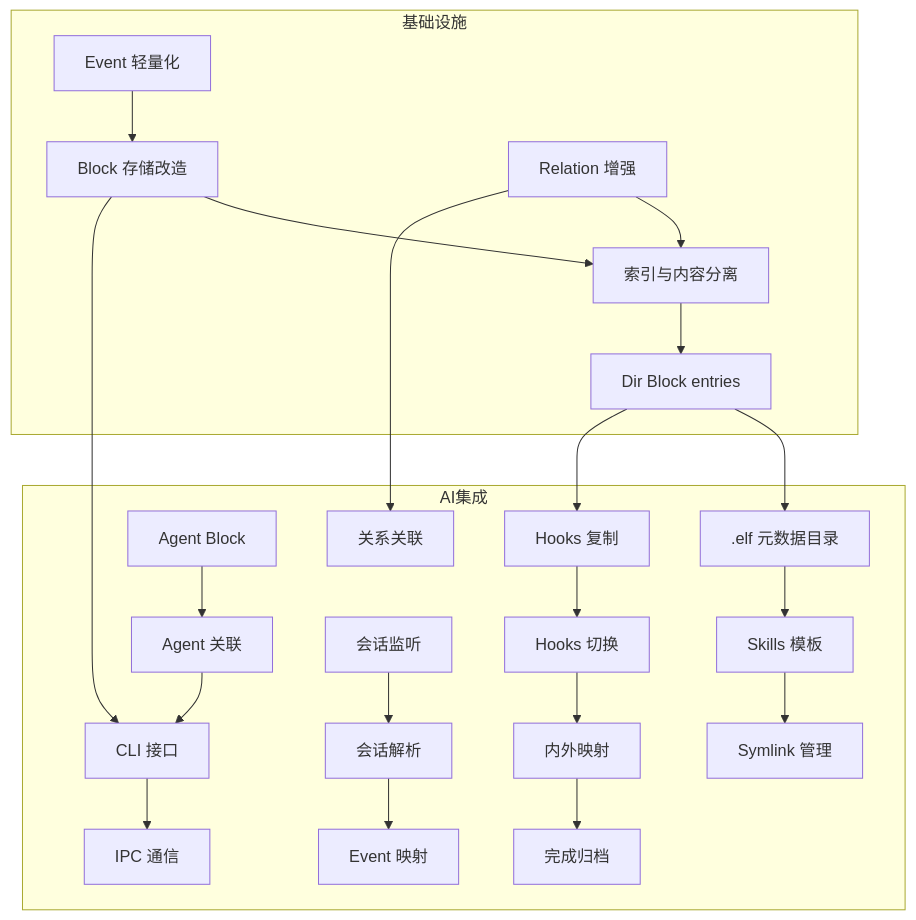
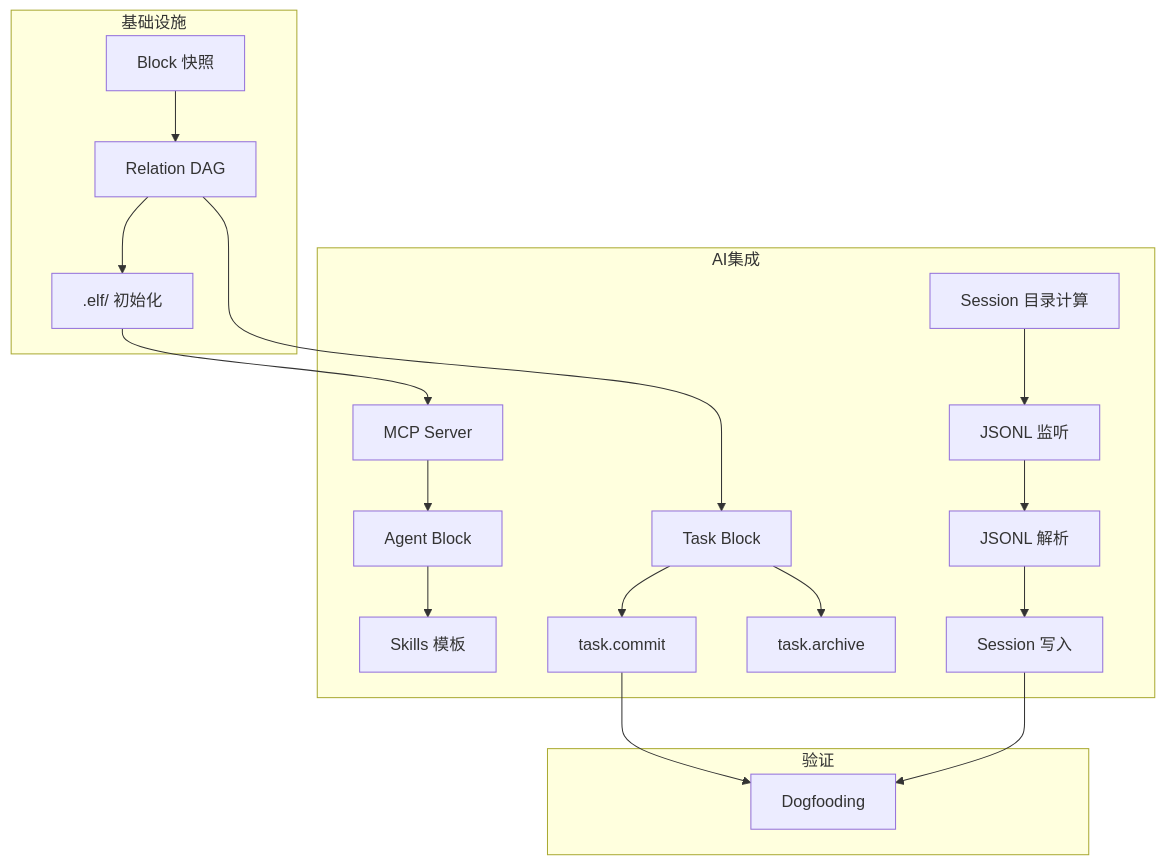
One commit to allenwoods/naive-elfiee changed the second of 2 diagrams in docs/mvp/phase2/target-and-story_v2.md. Above: the diagram before and after it, drawn with Mermaid. The commit also changed other lines of this file and 3 other files, not shown here.

````diff
--- a/docs/mvp/phase2/target-and-story_v2.md
+++ b/docs/mvp/phase2/target-and-story_v2.md
@@ -794,30 +677,26 @@
 ```mermaid
 graph TD
     subgraph 基础设施
-        I1[Block 存储改造] --> I2[索引与内容分离]
-        I2 --> I9[Dir Block entries]
-        I4[Event 轻量化] --> I1
-        I6[Relation 增强] --> I2
+        I1[Block 快照] --> I2[Relation DAG]
+        I2 --> I10[.elf/ 初始化]
     end
 
     subgraph AI集成
-        I9 --> I10[.elf 元数据目录]
-        I10 --> F7[Skills 模板]
-        F7 --> F9[Symlink 管理]
+        I10 --> F4[MCP Server]
+        F4 --> F1[Agent Block]
+        F1 --> F7[Skills 模板]
 
-        F1[Agent Block] --> F3[Agent 关联]
-        F3 --> F4[CLI 接口]
-        F4 --> F5[IPC 通信]
+        I2 --> F16[Task Block]
+        F16 --> F16C[task.commit]
+        F16 --> F16A[task.archive]
 
-        F10[会话监听] --> F11[会话解析]
-        F11 --> F12[Event 映射]
-        I6 --> F13[关系关联]
-
-        F14[Hooks 复制] --> F15[Hooks 切换]
-        F15 --> F16[内外映射]
-        F16 --> F17[完成归档]
+        F10[Session 目录计算] --> F11[JSONL 监听]
+        F11 --> F12[JSONL 解析]
+        F12 --> F13[Session 写入]
     end
 
-    I1 --> F4
-    I9 --> F14
+    subgraph 验证
+        F16C --> DOG[Dogfooding]
+        F13 --> DOG
+    end
 ```
````
